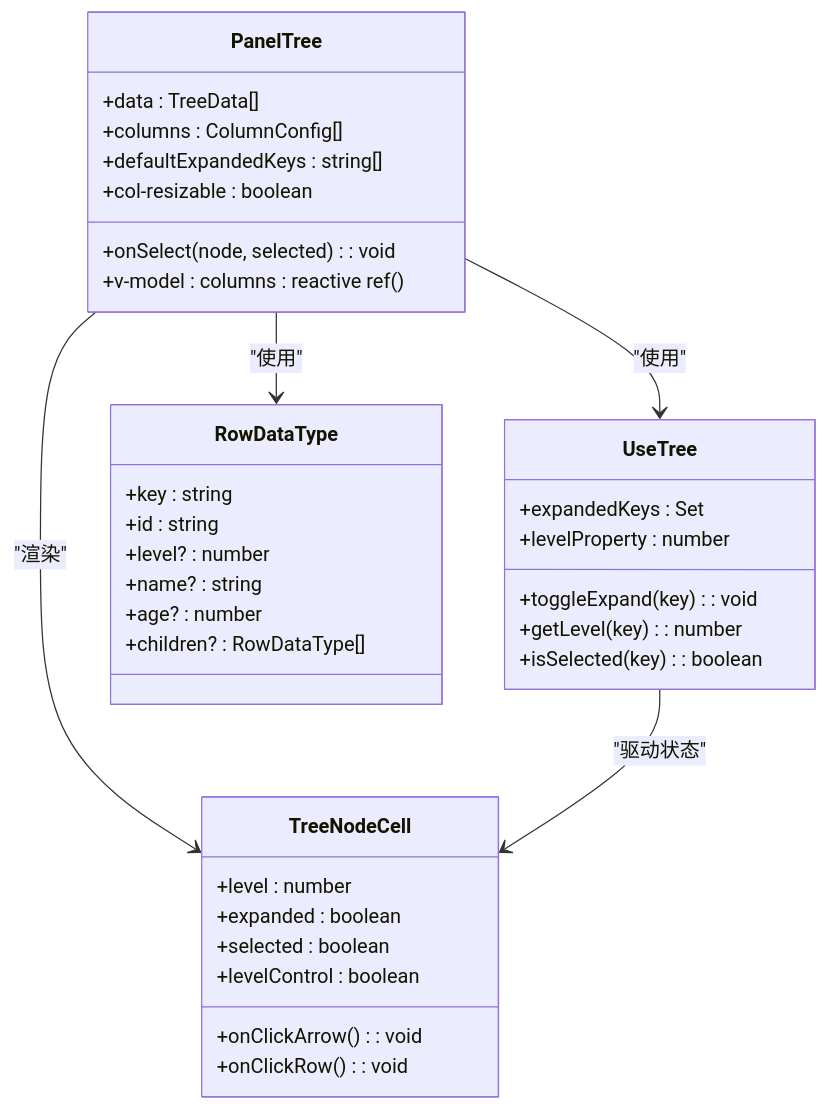
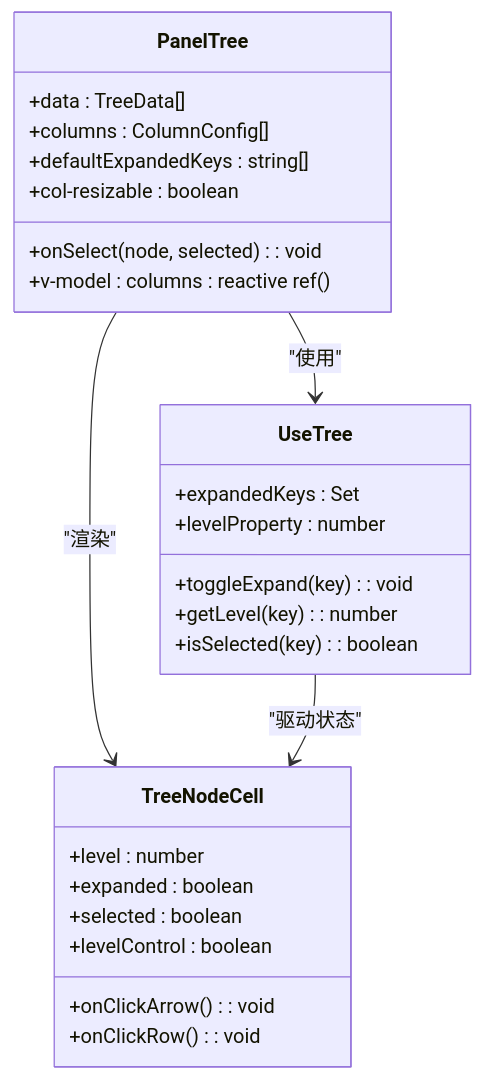
Before and after one commit to ja-plus/stk-table-vue: the third of 5 diagrams in .qoder/repowiki/zh/content/示例演示/面板树示例.md, drawn with Mermaid. The commit also changed other lines of this file and 47 other files, not shown here.

````diff
--- a/.qoder/repowiki/zh/content/示例演示/面板树示例.md
+++ b/.qoder/repowiki/zh/content/示例演示/面板树示例.md
@@ -203,38 +193,29 @@
 ```mermaid
 classDiagram
 class PanelTree {
 +data : TreeData[]
 +columns : ColumnConfig[]
 +defaultExpandedKeys : string[]
 +onSelect(node, selected) : void
 +v-model : columns : reactive ref()
 +col-resizable : boolean
 }
 class UseTree {
 +expandedKeys : Set<string>
 +toggleExpand(key) : void
 +getLevel(key) : number
 +isSelected(key) : boolean
 +levelProperty : number
 }
 class TreeNodeCell {
 +level : number
 +expanded : boolean
 +selected : boolean
 +onClickArrow() : void
 +onClickRow() : void
 +levelControl : boolean
 }
-class RowDataType {
-+key : string
-+id : string
-+level? : number
-+name? : string
-+age? : number
-+children? : RowDataType[]
-}
 PanelTree --> UseTree : "使用"
 PanelTree --> TreeNodeCell : "渲染"
 UseTree --> TreeNodeCell : "驱动状态"
-PanelTree --> RowDataType : "使用"
 ```
````
